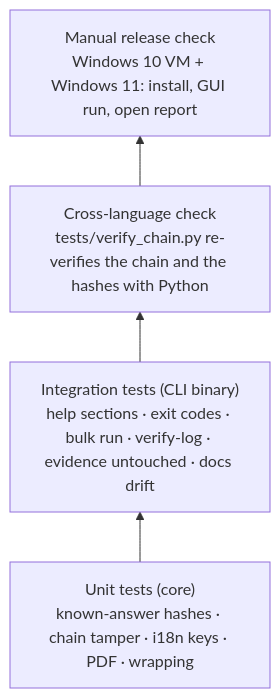
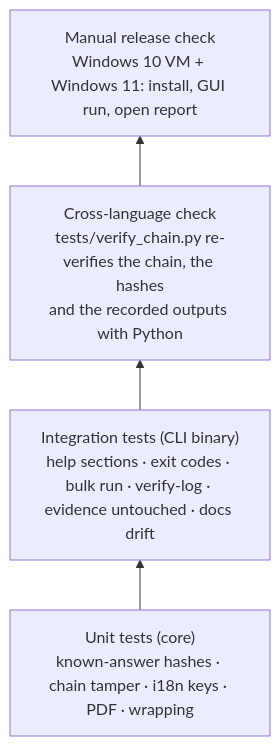
The first of 3 diagrams in docs/development.md (Panacota96/rv-pdfauth), drawn with Mermaid before and after one commit. The commit also changed 5 other files, not shown here.

First line of the commit message:
docs: say tests/verify_chain.py also re-hashes the recorded outputs

````diff
--- a/docs/development.md
+++ b/docs/development.md
@@ -56,7 +56,7 @@
 ```mermaid
 flowchart BT
     U["Unit tests (core)<br/>known-answer hashes · chain tamper · i18n keys · PDF · wrapping"] --> I
     I["Integration tests (CLI binary)<br/>help sections · exit codes · bulk run · verify-log · evidence untouched · docs drift"] --> X
-    X["Cross-language check<br/>tests/verify_chain.py re-verifies the chain and the hashes with Python"] --> M
+    X["Cross-language check<br/>tests/verify_chain.py re-verifies the chain, the hashes<br/>and the recorded outputs with Python"] --> M
     M["Manual release check<br/>Windows 10 VM + Windows 11: install, GUI run, open report"]
 ```
````
